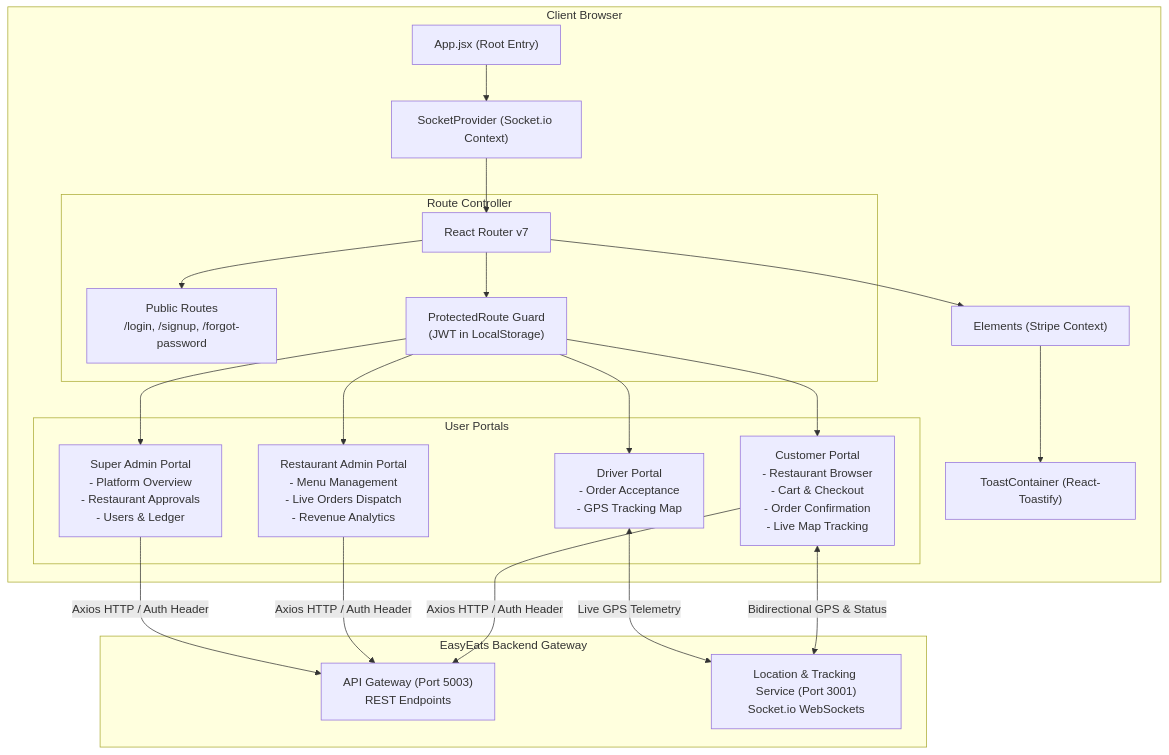
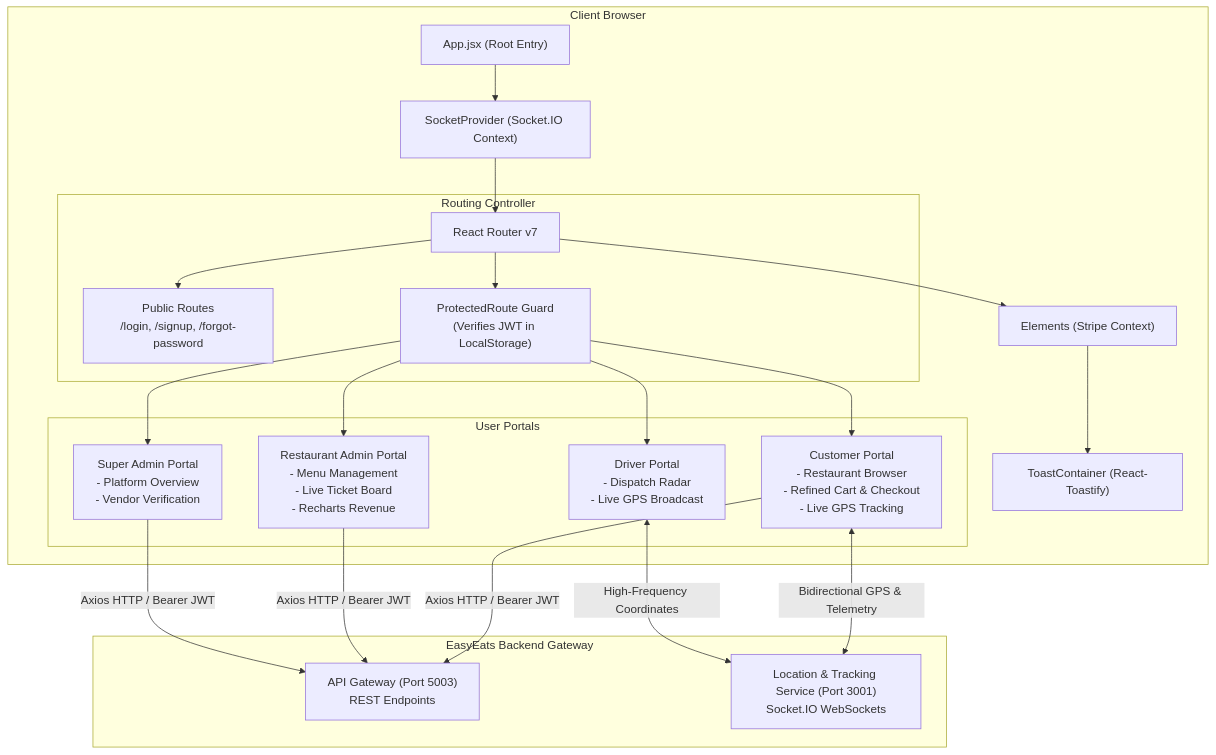
One commit to EasyEats-DS/EasyEats-frontend changed the diagram in README.md. Above: the diagram before and after it, drawn with Mermaid. The commit also changed other lines of this file and 10 other files, not shown here.

Commit message:
feat: add user layout component, cart and restaurant pages, and update documentation assets

````diff
--- a/README.md
+++ b/README.md
@@ -105,46 +146,46 @@
 ```mermaid
 graph TD
     subgraph Browser ["Client Browser"]
         App["App.jsx (Root Entry)"]
         Router["React Router v7"]
-        SocketCtx["SocketProvider (Socket.io Context)"]
+        SocketCtx["SocketProvider (Socket.IO Context)"]
         StripeCtx["Elements (Stripe Context)"]
         Toast["ToastContainer (React-Toastify)"]
         
         App --> SocketCtx
         SocketCtx --> Router
         Router --> StripeCtx
         StripeCtx --> Toast
         
-        subgraph Routes ["Route Controller"]
+        subgraph Routes ["Routing Controller"]
             Public["Public Routes<br/>/login, /signup, /forgot-password"]
-            Protected["ProtectedRoute Guard<br/>(JWT in LocalStorage)"]
+            Protected["ProtectedRoute Guard<br/>(Verifies JWT in LocalStorage)"]
             
             Router --> Public
             Router --> Protected
         end
         
         subgraph Portals ["User Portals"]
-            Cust["Customer Portal<br/>- Restaurant Browser<br/>- Cart & Checkout<br/>- Order Confirmation<br/>- Live Map Tracking"]
-            Admin["Restaurant Admin Portal<br/>- Menu Management<br/>- Live Orders Dispatch<br/>- Revenue Analytics"]
-            Super["Super Admin Portal<br/>- Platform Overview<br/>- Restaurant Approvals<br/>- Users & Ledger"]
-            Driver["Driver Portal<br/>- Order Acceptance<br/>- GPS Tracking Map"]
+            Cust["Customer Portal<br/>- Restaurant Browser<br/>- Refined Cart & Checkout<br/>- Live GPS Tracking"]
+            Admin["Restaurant Admin Portal<br/>- Menu Management<br/>- Live Ticket Board<br/>- Recharts Revenue"]
+            Super["Super Admin Portal<br/>- Platform Overview<br/>- Vendor Verification"]
+            Driver["Driver Portal<br/>- Dispatch Radar<br/>- Live GPS Broadcast"]
             
             Protected --> Cust
             Protected --> Admin
             Protected --> Super
             Protected --> Driver
         end
     end
 
     subgraph BackendGateway ["EasyEats Backend Gateway"]
         Gateway["API Gateway (Port 5003)<br/>REST Endpoints"]
-        LocationWS["Location & Tracking Service (Port 3001)<br/>Socket.io WebSockets"]
+        LocationWS["Location & Tracking Service (Port 3001)<br/>Socket.IO WebSockets"]
     end
 
-    Cust -->|"Axios HTTP / Auth Header"| Gateway
-    Admin -->|"Axios HTTP / Auth Header"| Gateway
-    Super -->|"Axios HTTP / Auth Header"| Gateway
-    Cust <-->|"Bidirectional GPS & Status"| LocationWS
-    Driver <-->|"Live GPS Telemetry"| LocationWS
+    Cust -->|"Axios HTTP / Bearer JWT"| Gateway
+    Admin -->|"Axios HTTP / Bearer JWT"| Gateway
+    Super -->|"Axios HTTP / Bearer JWT"| Gateway
+    Cust <-->|"Bidirectional GPS & Telemetry"| LocationWS
+    Driver <-->|"High-Frequency Coordinates"| LocationWS
 ```
````
